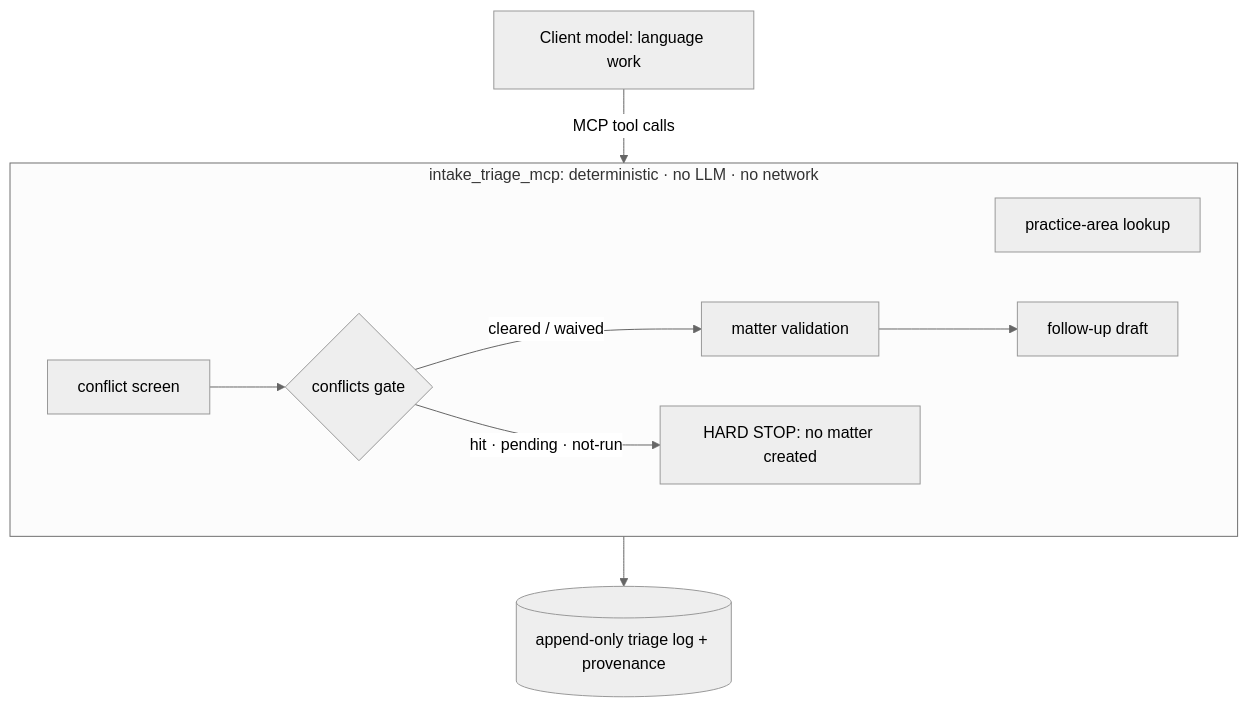
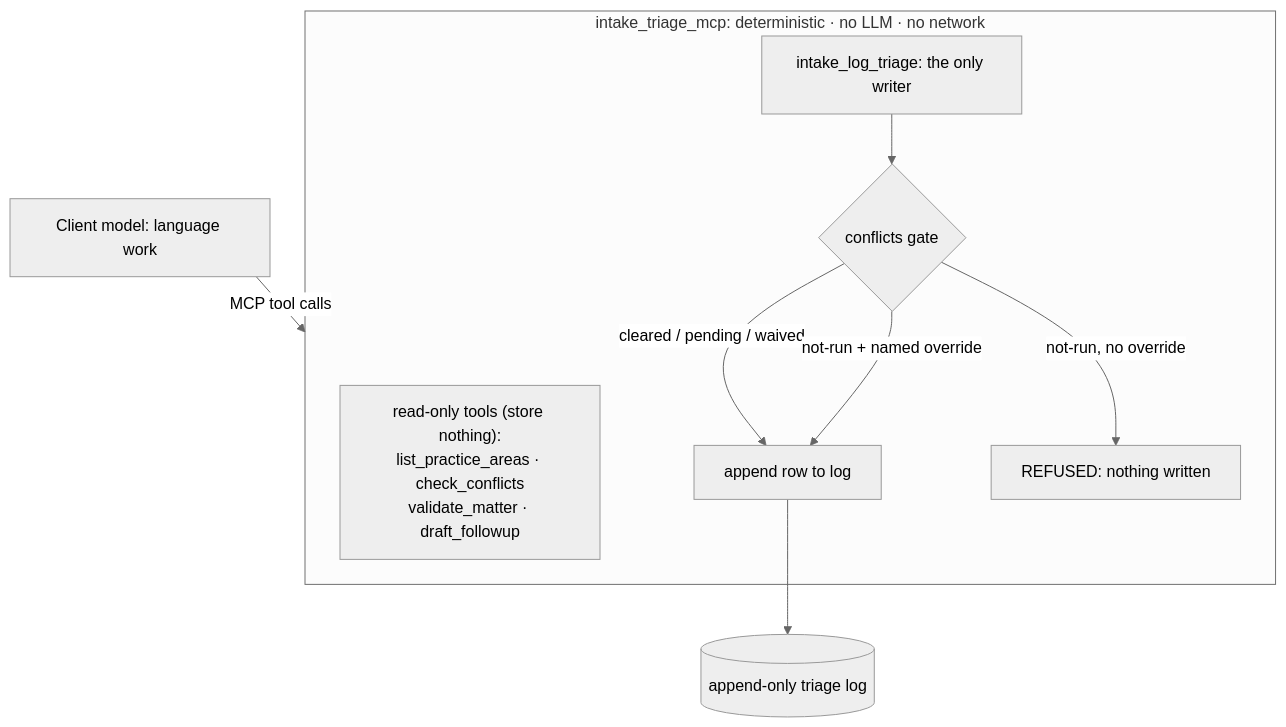
The diagram in README.md (granolacowboy/intake-triage-mcp), drawn with Mermaid (neutral theme) before and after one commit. The commit also changed other lines of this file, not shown here.

````diff
--- a/README.md
+++ b/README.md
@@ -34,12 +34,12 @@
 ```mermaid
 flowchart TD
   U["Client model: language work"] -->|MCP tool calls| SRV
   subgraph SRV["intake_triage_mcp: deterministic · no LLM · no network"]
-    PA["practice-area lookup"]
-    CS["conflict screen"] --> GATE{"conflicts gate"}
-    GATE -->|"cleared / waived"| MV["matter validation"]
-    GATE -->|"hit · pending · not-run"| STOP["HARD STOP: no matter created"]
-    MV --> FU["follow-up draft"]
+    RO["read-only tools (store nothing):<br/>list_practice_areas · check_conflicts<br/>validate_matter · draft_followup"]
+    LT["intake_log_triage: the only writer"] --> GATE{"conflicts gate"}
+    GATE -->|"cleared / pending / waived"| WRITE["append row to log"]
+    GATE -->|"not-run + named override"| WRITE
+    GATE -->|"not-run, no override"| STOP["REFUSED: nothing written"]
   end
-  SRV --> LOG[("append-only triage log + provenance")]
+  WRITE --> LOG[("append-only triage log")]
 ```
````
